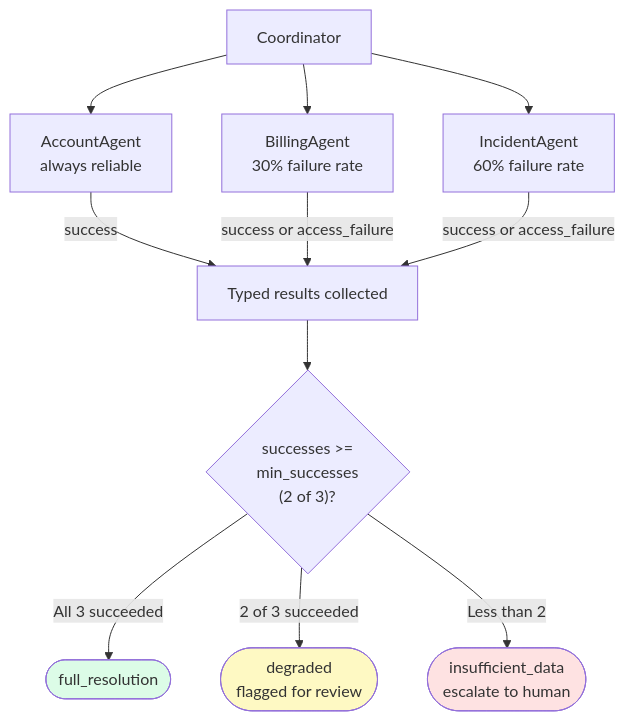
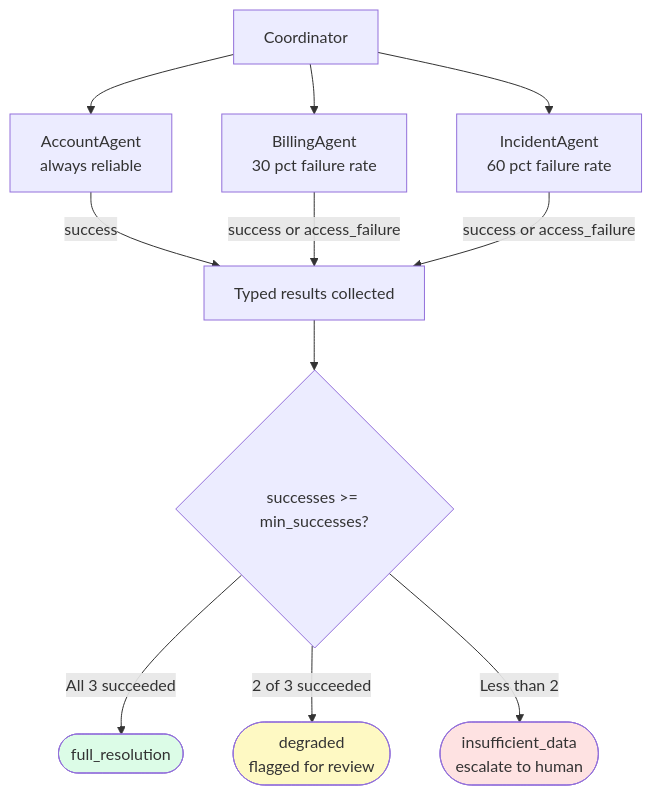
One commit to wb-platform-engineering-lab/anthropic-certified-architect-lab changed the seventh of 7 diagrams in labs/week-3-agentic-architecture-part2/README.md. Above: the diagram before and after it, drawn with Mermaid. The commit also changed other lines of this file, not shown here.

First line of the commit message:
Fix Week 3 flowchart diagrams for correct rendering

````diff
--- a/labs/week-3-agentic-architecture-part2/README.md
+++ b/labs/week-3-agentic-architecture-part2/README.md
@@ -1111,19 +1111,19 @@
 ```mermaid
 flowchart TD
     Coord[Coordinator] --> SA1[AccountAgent\nalways reliable]
-    Coord --> SA2[BillingAgent\n30% failure rate]
-    Coord --> SA3[IncidentAgent\n60% failure rate]
+    Coord --> SA2[BillingAgent\n30 pct failure rate]
+    Coord --> SA3[IncidentAgent\n60 pct failure rate]
 
     SA1 -->|success| Results[Typed results collected]
     SA2 -->|success or access_failure| Results
     SA3 -->|success or access_failure| Results
 
-    Results --> Threshold{"successes >=\nmin_successes\n(2 of 3)?"}
+    Results --> Threshold{"successes >= min_successes?"}
     Threshold -->|All 3 succeeded| Full([full_resolution])
     Threshold -->|2 of 3 succeeded| Degrade([degraded\nflagged for review])
     Threshold -->|Less than 2| Escalate([insufficient_data\nescalate to human])
 
     style Full fill:#dcfce7
     style Degrade fill:#fef9c3
     style Escalate fill:#fee2e2
 ```
````
